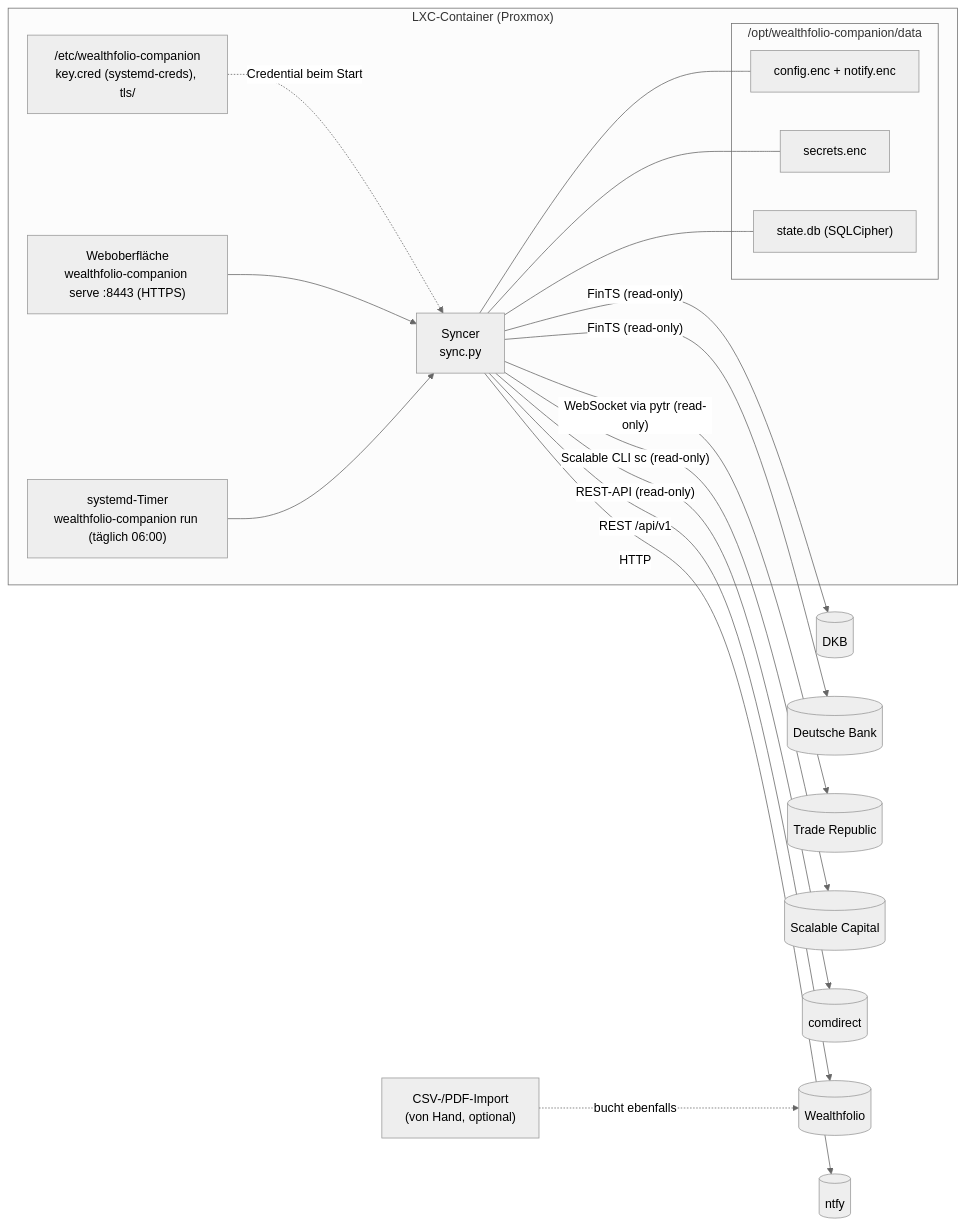
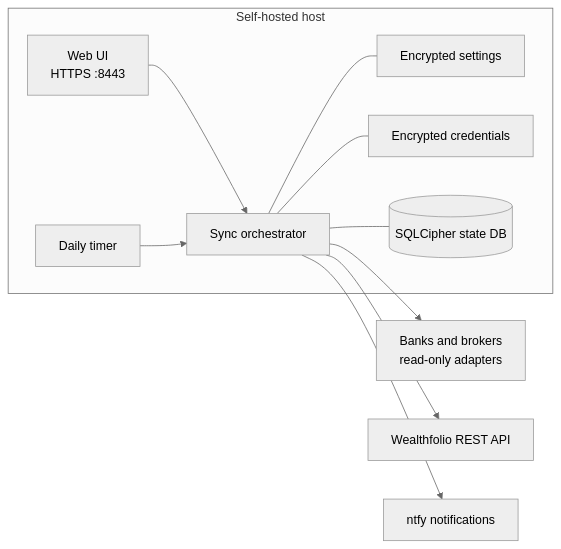
Before and after one commit to waldonso2/Wealthfolio-broker-sync-service: the diagram in ARCHITECTURE.md, drawn with Mermaid (neutral theme). The commit also changed other lines of this file and 8 other files, not shown here.

````diff
--- a/ARCHITECTURE.md
+++ b/ARCHITECTURE.md
@@ -7,25 +17,22 @@
 ```mermaid
 flowchart LR
-  subgraph LXC["LXC-Container (Proxmox)"]
-    UI["Weboberfläche<br/>wealthfolio-companion serve :8443 (HTTPS)"]
-    Timer["systemd-Timer<br/>wealthfolio-companion run (täglich 06:00)"]
-    Sync["Syncer<br/>sync.py"]
-    subgraph data["/opt/wealthfolio-companion/data"]
-      Cfg["config.enc + notify.enc"]
-      Vault["secrets.enc"]
-      State["state.db (SQLCipher)"]
-    end
-    Key["/etc/wealthfolio-companion<br/>key.cred (systemd-creds), tls/"] -. Credential beim Start .-> Sync
+  subgraph host["Self-hosted host"]
+    UI["Web UI<br/>HTTPS :8443"]
+    Timer["Daily timer"]
+    Sync["Sync orchestrator"]
+    Config["Encrypted settings"]
+    Vault["Encrypted credentials"]
+    State[("SQLCipher state DB")]
     UI --> Sync
     Timer --> Sync
-    Sync --- Cfg & Vault & State
+    Sync --- Config
+    Sync --- Vault
+    Sync --- State
   end
-  Sync -- "FinTS (read-only)" --> DKB[(DKB)]
-  Sync -- "FinTS (read-only)" --> DB[(Deutsche Bank)]
-  Sync -- "WebSocket via pytr (read-only)" --> TR[(Trade Republic)]
-  Sync -- "Scalable CLI sc (read-only)" --> SC[(Scalable Capital)]
-  Sync -- "REST-API (read-only)" --> CD[(comdirect)]
-  Sync -- "REST /api/v1" --> WF[(Wealthfolio)]
-  Sync -- "HTTP" --> Ntfy[(ntfy)]
-  Import["CSV-/PDF-Import<br/>(von Hand, optional)"] -. bucht ebenfalls .-> WF
+  Brokers["Banks and brokers<br/>read-only adapters"]
+  WF["Wealthfolio REST API"]
+  Ntfy["ntfy notifications"]
+  Sync --> Brokers
+  Sync --> WF
+  Sync --> Ntfy
 ```
````
